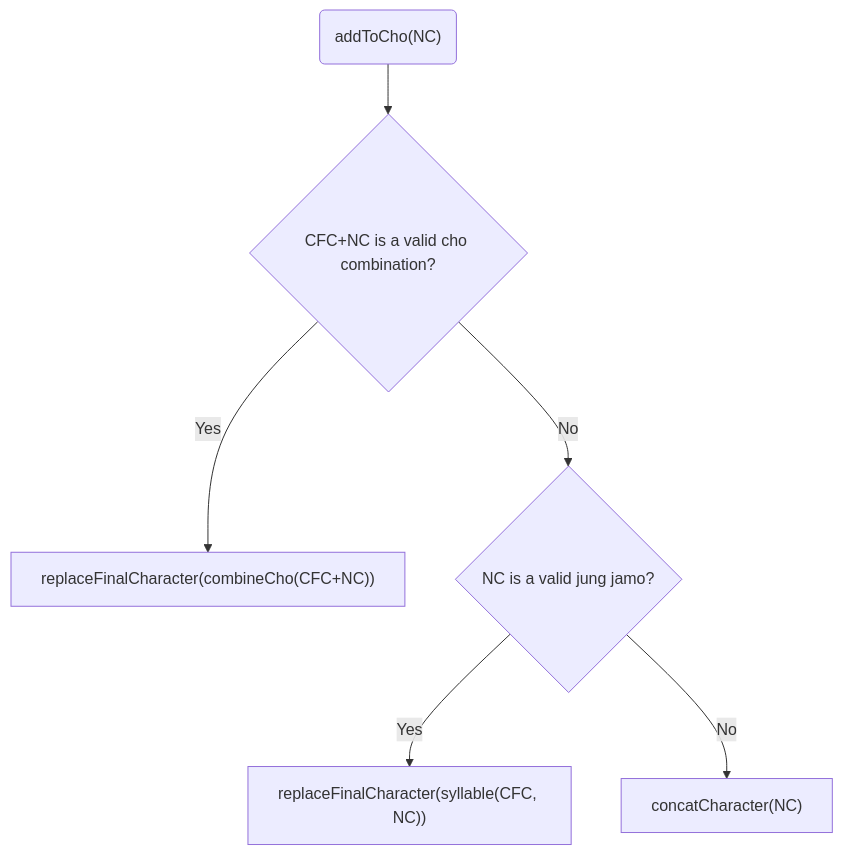
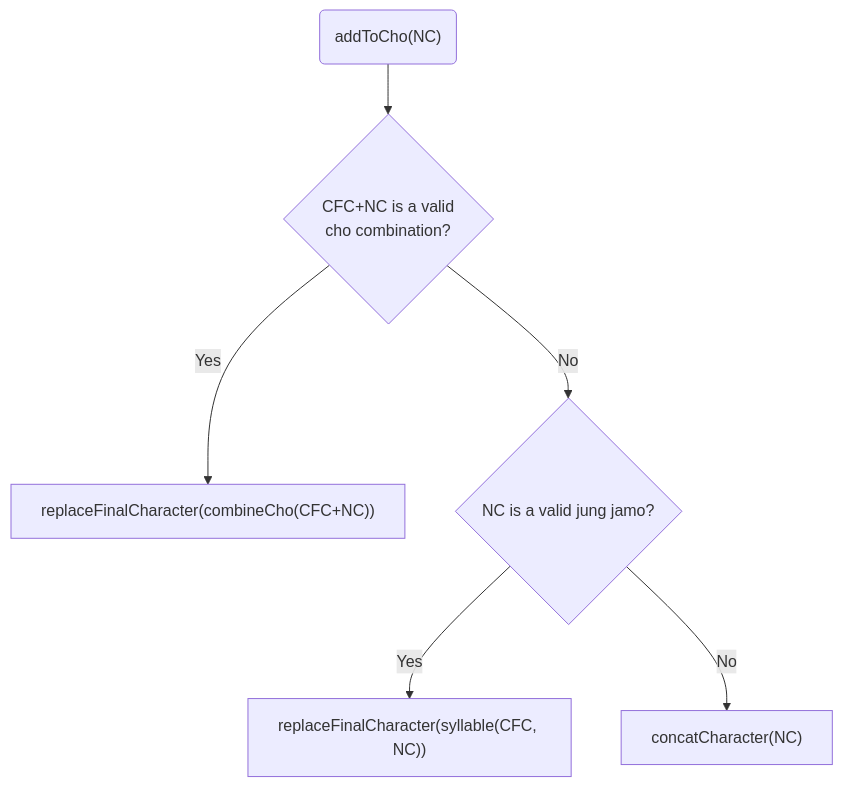
The second of 4 diagrams in doc/dev/hangul_input_flow.md (gsouf/dart-hangul), drawn with Mermaid before and after one commit. The commit also changed other lines of this file, not shown here.

````diff
--- a/doc/dev/hangul_input_flow.md
+++ b/doc/dev/hangul_input_flow.md
@@ -35,8 +35,8 @@
 ```mermaid
 graph TD
-  A("addToCho(NC)") --> B{CFC+NC is a valid cho combination?}
+  A("addToCho(NC)") --> B{CFC+NC is a valid<br/>cho combination?}
   B --> |Yes| C["replaceFinalCharacter(combineCho(CFC+NC))"]
   B --> |No| D{NC is a valid jung jamo?}
   D --> |Yes| E["replaceFinalCharacter(syllable(CFC, NC))"]
   D --> |No| F["concatCharacter(NC)"]
 ```
````
